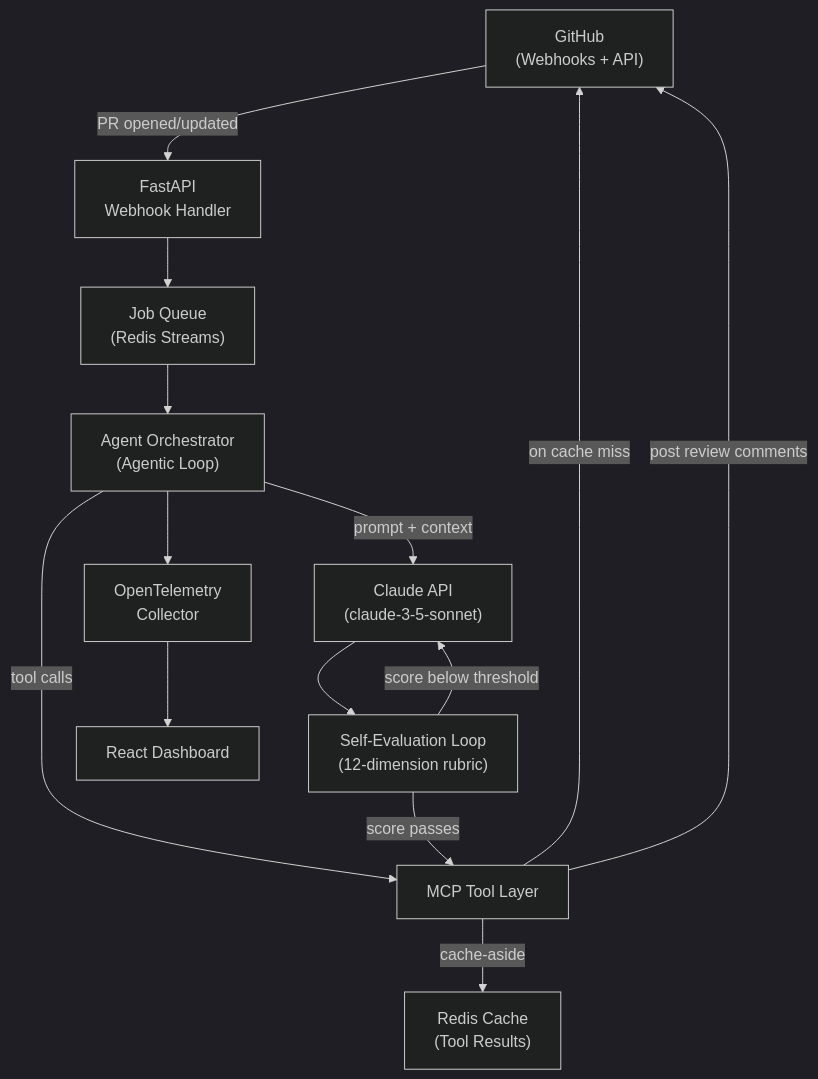
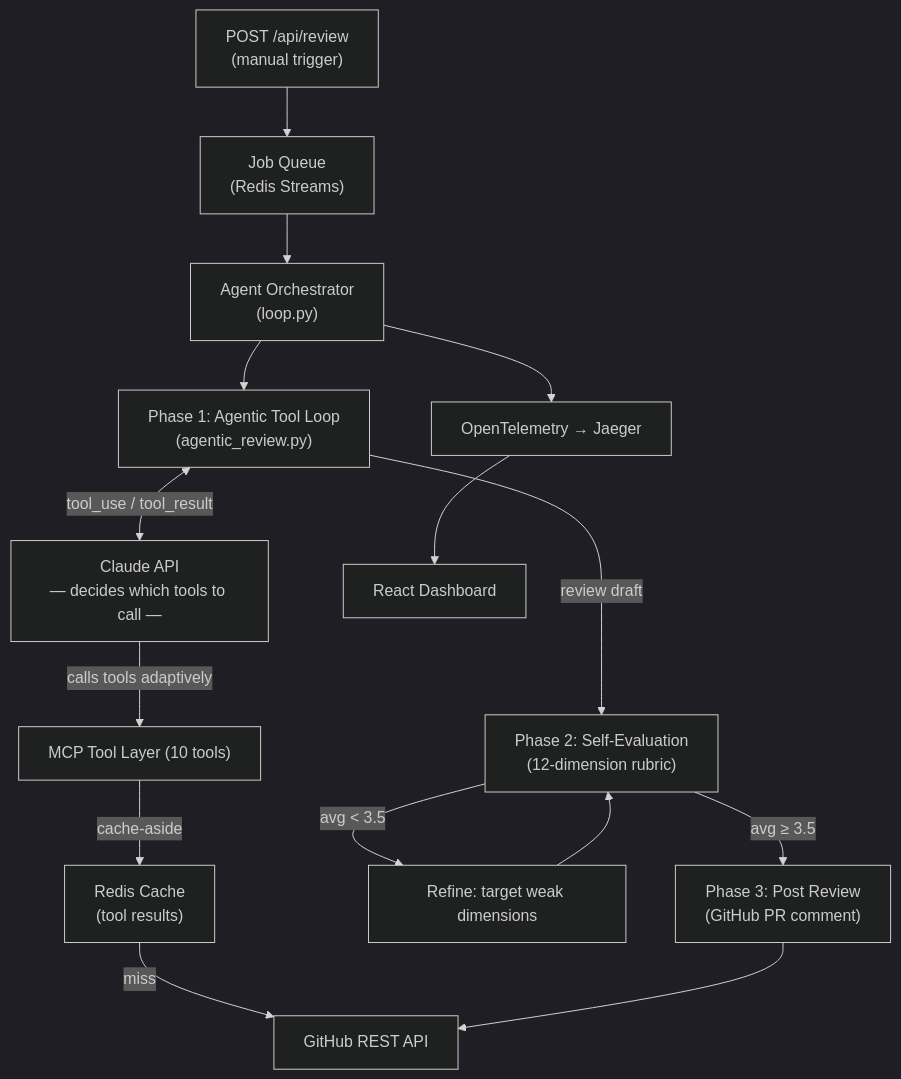
The first of 3 diagrams in README.md (Arbiter09/DevMind), drawn with Mermaid (dark theme) before and after one commit. The commit also changed other lines of this file and 14 other files, not shown here.

````diff
--- a/README.md
+++ b/README.md
@@ -52,27 +49,31 @@
 ```mermaid
 flowchart TD
-    GitHub["GitHub\n(Webhooks + API)"]
-    Webhook["FastAPI\nWebhook Handler"]
+    Trigger["POST /api/review\n(manual trigger)"]
     Queue["Job Queue\n(Redis Streams)"]
-    Orchestrator["Agent Orchestrator\n(Agentic Loop)"]
-    MCP["MCP Tool Layer"]
-    Cache["Redis Cache\n(Tool Results)"]
-    Claude["Claude API\n(claude-3-5-sonnet)"]
-    SelfEval["Self-Evaluation Loop\n(12-dimension rubric)"]
-    OTel["OpenTelemetry\nCollector"]
+    Orchestrator["Agent Orchestrator\n(loop.py)"]
+    AgenticLoop["Phase 1: Agentic Tool Loop\n(agentic_review.py)"]
+    Claude1["Claude API\n— decides which tools to call —"]
+    Tools["MCP Tool Layer (10 tools)"]
+    Cache["Redis Cache\n(tool results)"]
+    GitHub["GitHub REST API"]
+    SelfEval["Phase 2: Self-Evaluation\n(12-dimension rubric)"]
+    Refine["Refine: target weak dimensions"]
+    Post["Phase 3: Post Review\n(GitHub PR comment)"]
+    OTel["OpenTelemetry → Jaeger"]
     React["React Dashboard"]
 
-    GitHub -->|"PR opened/updated"| Webhook
-    Webhook --> Queue
+    Trigger --> Queue
     Queue --> Orchestrator
-    Orchestrator -->|"tool calls"| MCP
-    MCP -->|"cache-aside"| Cache
-    MCP -->|"on cache miss"| GitHub
-    Orchestrator -->|"prompt + context"| Claude
-    Claude --> SelfEval
-    SelfEval -->|"score below threshold"| Claude
-    SelfEval -->|"score passes"| MCP
-    MCP -->|"post review comments"| GitHub
+    Orchestrator --> AgenticLoop
+    AgenticLoop <-->|"tool_use / tool_result"| Claude1
+    Claude1 -->|"calls tools adaptively"| Tools
+    Tools -->|"cache-aside"| Cache
+    Cache -->|"miss"| GitHub
+    AgenticLoop -->|"review draft"| SelfEval
+    SelfEval -->|"avg < 3.5"| Refine
+    Refine --> SelfEval
+    SelfEval -->|"avg ≥ 3.5"| Post
+    Post --> GitHub
     Orchestrator --> OTel
     OTel --> React
 ```
````
